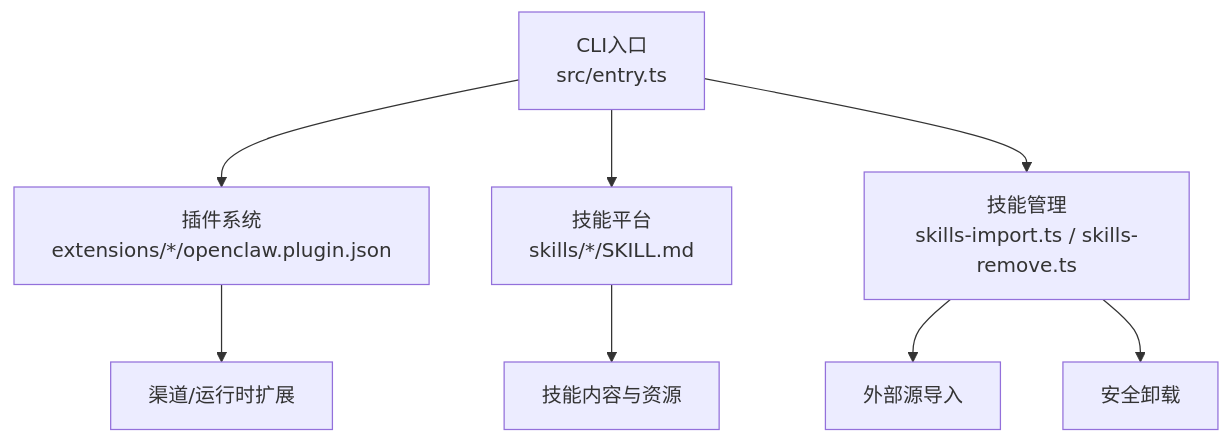
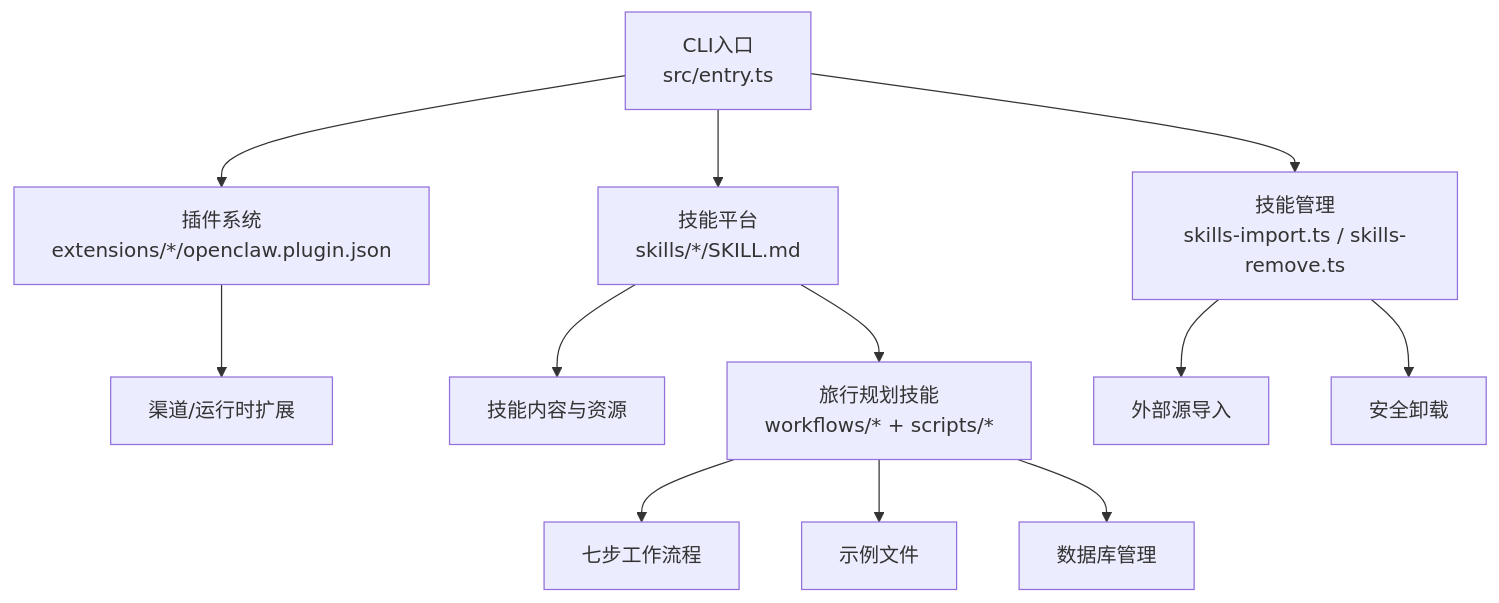
One commit to verse-ai-org/openclaw changed the first of 10 diagrams in .qoder/repowiki/zh/content/Web界面/技能平台/技能平台.md. Above: the diagram before and after it, drawn with Mermaid. The commit also changed other lines of this file and 59 other files, not shown here.

````diff
--- a/.qoder/repowiki/zh/content/Web界面/技能平台/技能平台.md
+++ b/.qoder/repowiki/zh/content/Web界面/技能平台/技能平台.md
@@ -53,10 +68,14 @@
 ```mermaid
 graph TB
 A["CLI入口<br/>src/entry.ts"] --> B["插件系统<br/>extensions/*/openclaw.plugin.json"]
 A --> C["技能平台<br/>skills/*/SKILL.md"]
 A --> D["技能管理<br/>skills-import.ts / skills-remove.ts"]
 B --> E["渠道/运行时扩展"]
 C --> F["技能内容与资源"]
-D --> G["外部源导入"]
-D --> H["安全卸载"]
+C --> G["旅行规划技能<br/>workflows/* + scripts/*"]
+D --> H["外部源导入"]
+D --> I["安全卸载"]
+G --> J["七步工作流程"]
+G --> K["示例文件"]
+G --> L["数据库管理"]
 ```
````
